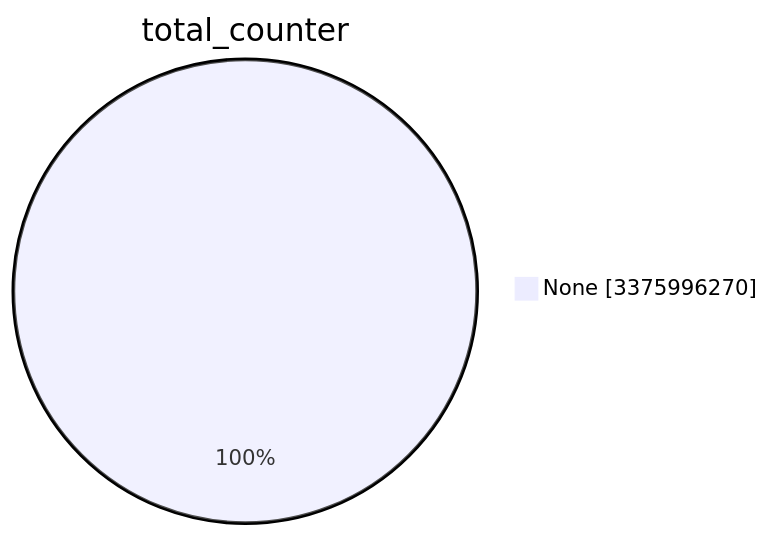
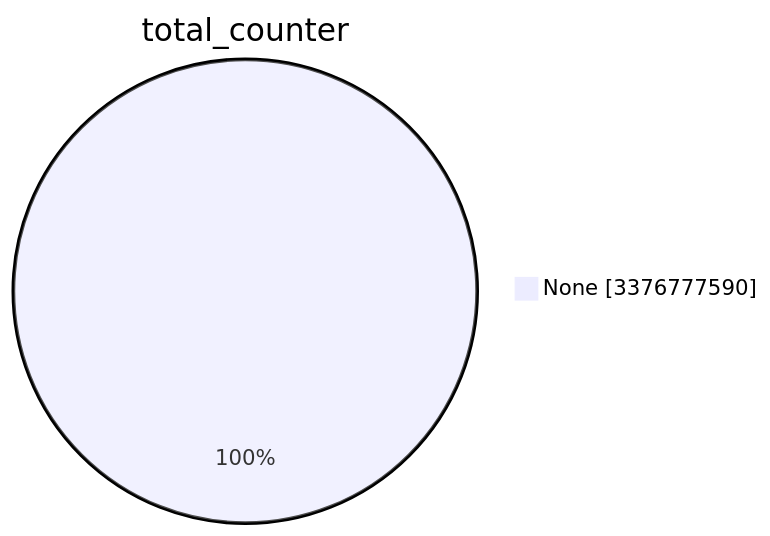
The first of 15 diagrams in TOTAL/README.md (christiankrug/ctmonitor_visualization), drawn with Mermaid before and after one commit. The commit also changed other lines of this file, not shown here.

````diff
--- a/TOTAL/README.md
+++ b/TOTAL/README.md
@@ -1,5 +1,5 @@
 ```mermaid
 pie showData
 title total_counter
-"None" :3375996270
+"None" :3376777590
 ```
````
